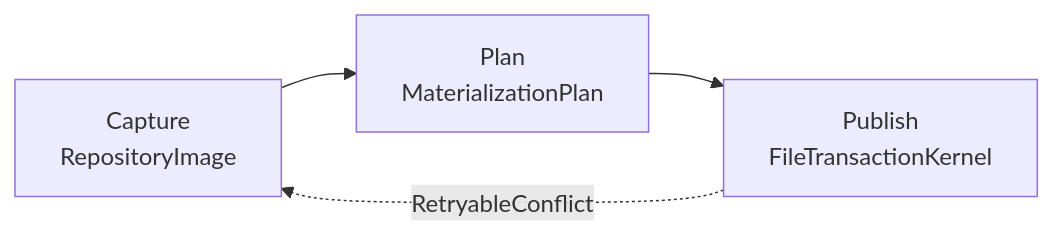
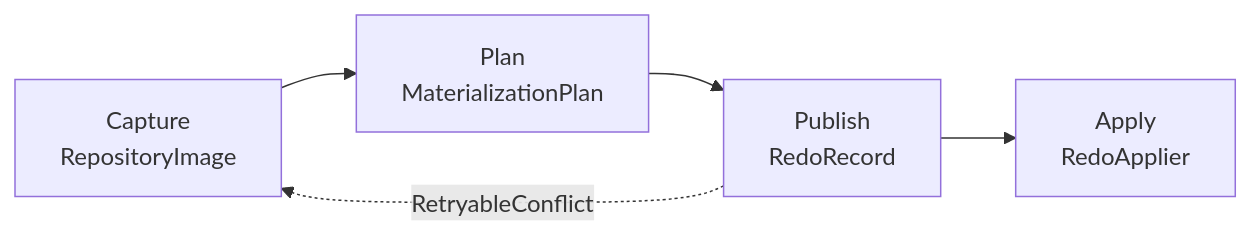
Before and after one commit to erankavija/just-in-time: the first of 4 diagrams in dev/architecture/repository-state-materialization.md, drawn with Mermaid. The commit also changed other lines of this file and 2 other files, not shown here.

Commit message:
docs(jit:be13da79): describe redo-record publication in materialization note

````diff
--- a/dev/architecture/repository-state-materialization.md
+++ b/dev/architecture/repository-state-materialization.md
@@ -25,6 +27,7 @@
 ```mermaid
 flowchart LR
     A[Capture<br/>RepositoryImage] --> B[Plan<br/>MaterializationPlan]
-    B --> C[Publish<br/>FileTransactionKernel]
+    B --> C[Publish<br/>RedoRecord]
+    C --> D[Apply<br/>RedoApplier]
     C -. RetryableConflict .-> A
 ```
````
